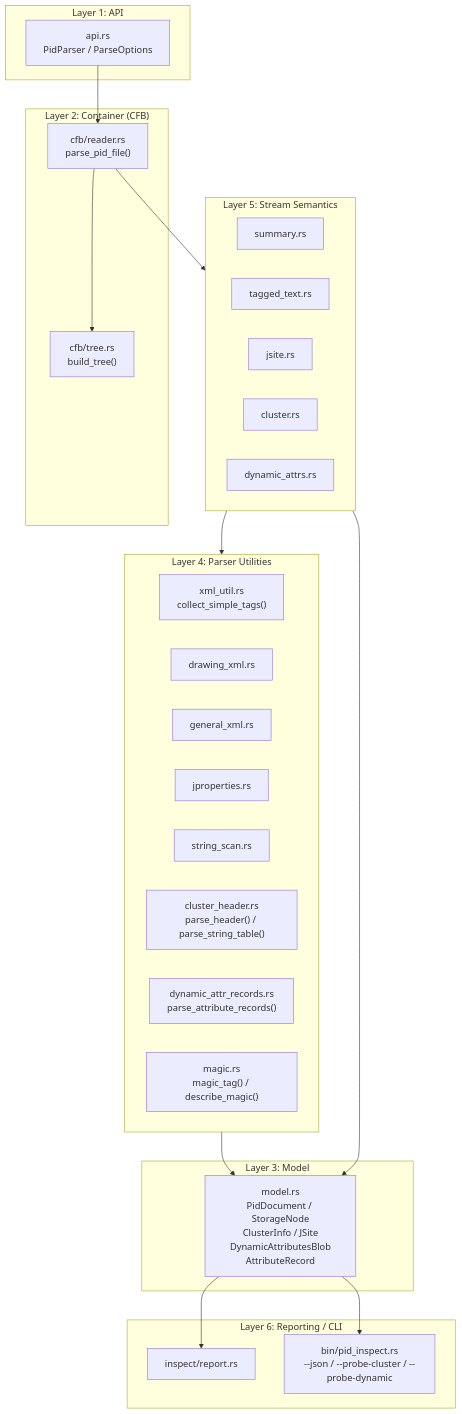
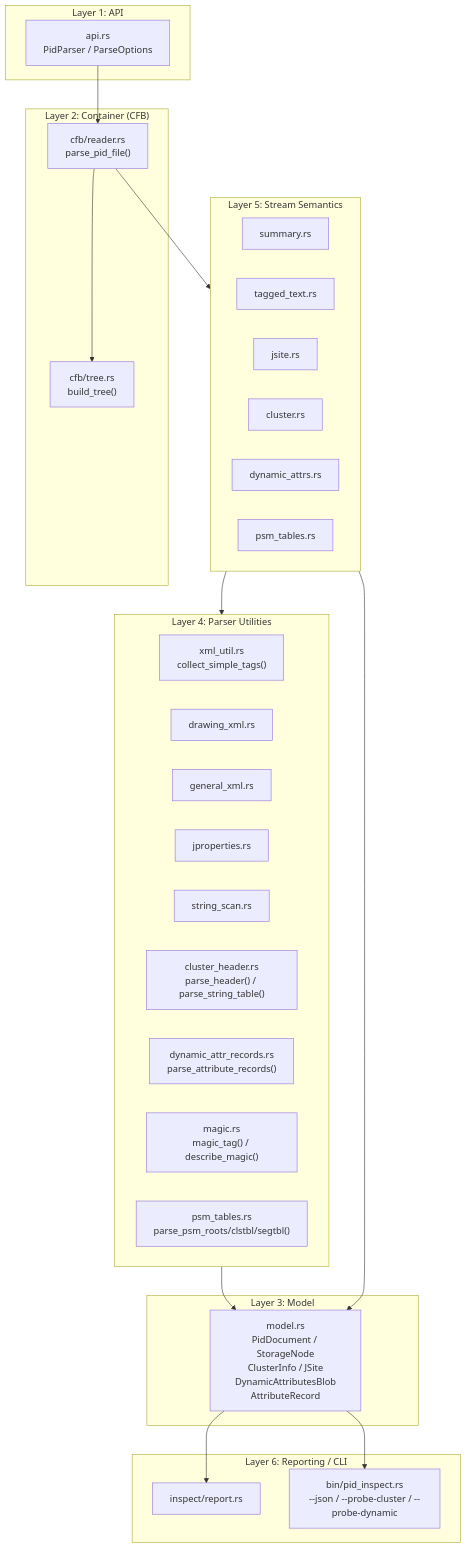
One commit to happyrust/pid-parse changed the first of 4 diagrams in ARCHITECTURE.md. Above: the diagram before and after it, drawn with Mermaid. The commit also changed other lines of this file and 13 other files, not shown here.

````diff
--- a/ARCHITECTURE.md
+++ b/ARCHITECTURE.md
@@ -21,48 +21,50 @@
 ```mermaid
 flowchart TB
     subgraph L1["Layer 1: API"]
         api["api.rs\nPidParser / ParseOptions"]
     end
 
     subgraph L2["Layer 2: Container (CFB)"]
         reader["cfb/reader.rs\nparse_pid_file()"]
         tree["cfb/tree.rs\nbuild_tree()"]
     end
 
     subgraph L3["Layer 3: Model"]
         model["model.rs\nPidDocument / StorageNode\nClusterInfo / JSite\nDynamicAttributesBlob\nAttributeRecord"]
     end
 
     subgraph L4["Layer 4: Parser Utilities"]
         xml_util["xml_util.rs\ncollect_simple_tags()"]
         drawing["drawing_xml.rs"]
         general["general_xml.rs"]
         jprops["jproperties.rs"]
         strscan["string_scan.rs"]
         cluster_hdr["cluster_header.rs\nparse_header() / parse_string_table()"]
         da_records["dynamic_attr_records.rs\nparse_attribute_records()"]
         mg["magic.rs\nmagic_tag() / describe_magic()"]
+        psm["psm_tables.rs\nparse_psm_roots/clstbl/segtbl()"]
     end
 
     subgraph L5["Layer 5: Stream Semantics"]
         summary["summary.rs"]
         tagged["tagged_text.rs"]
         jsite["jsite.rs"]
         cluster["cluster.rs"]
         dynattr["dynamic_attrs.rs"]
+        psm_s["psm_tables.rs"]
     end
 
     subgraph L6["Layer 6: Reporting / CLI"]
         report["inspect/report.rs"]
         cli["bin/pid_inspect.rs\n--json / --probe-cluster / --probe-dynamic"]
     end
 
     api --> reader
     reader --> tree
     reader --> L5
     L5 --> L4
     L4 --> model
     L5 --> model
     model --> report
     model --> cli
 ```
````
